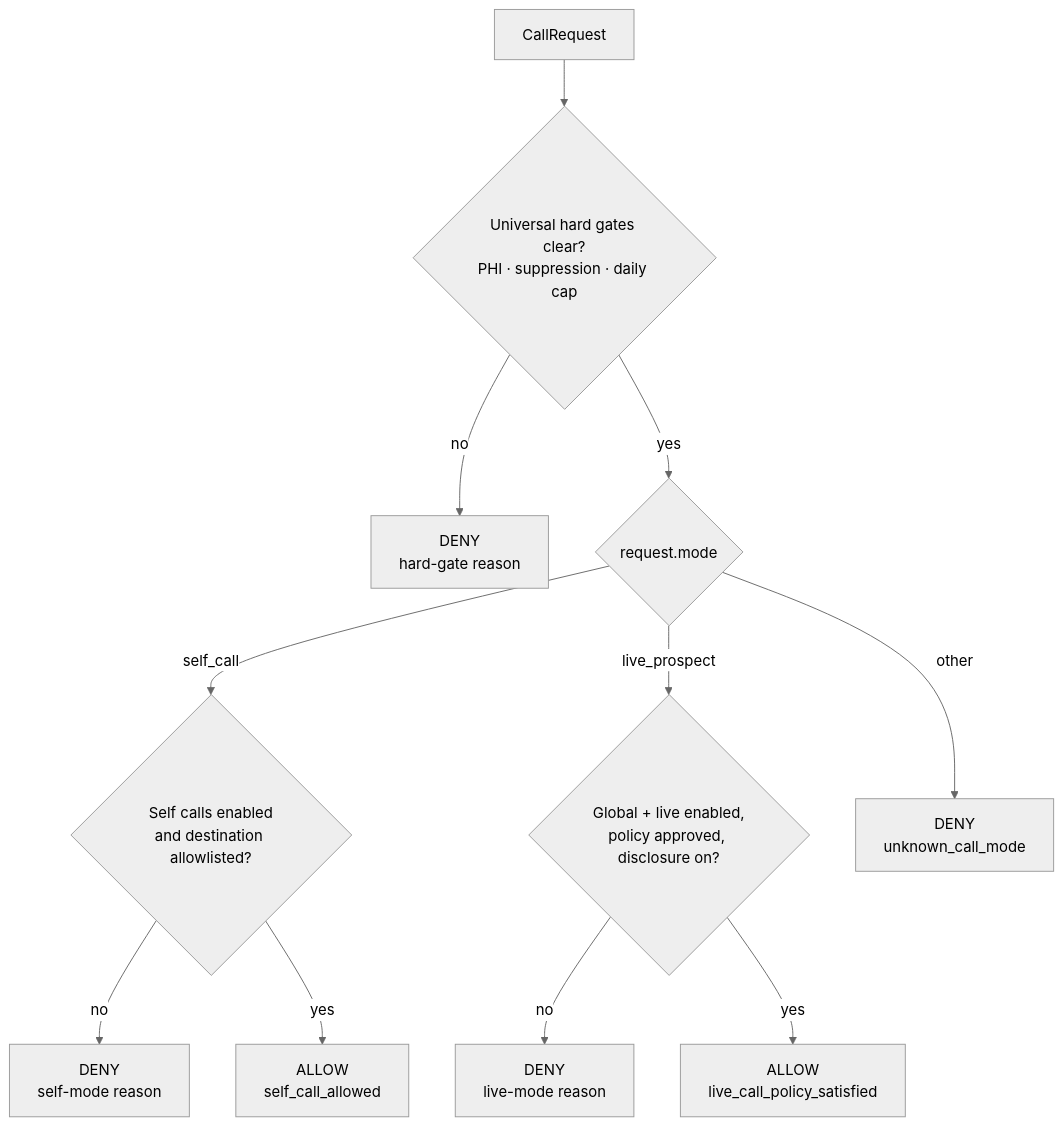
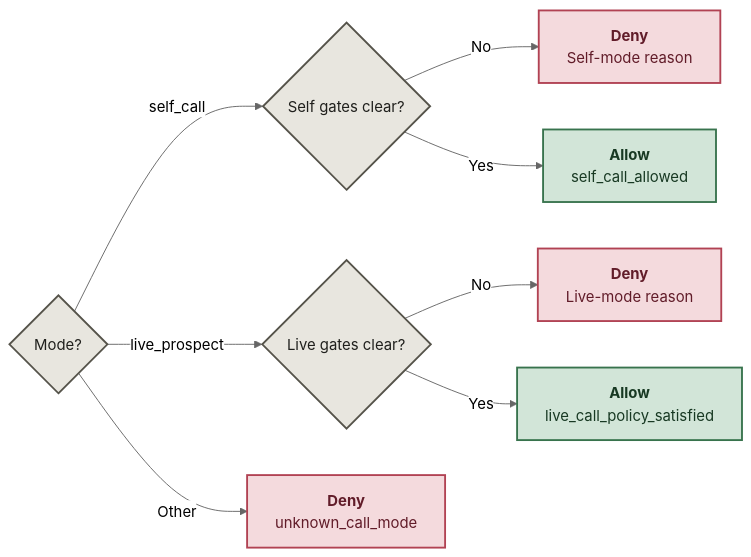
The second of 2 diagrams in README.md (Niyam-Paneru/ai-sales-call-guard), drawn with Mermaid (neutral theme) before and after one commit. The commit also changed other lines of this file, not shown here.

Commit message:
docs: clarify samples and repair README flow (#3)

````diff
--- a/README.md
+++ b/README.md
@@ -7,16 +29,16 @@
 ```mermaid
-flowchart TD
-    R["CallRequest"] --> H{"Universal hard gates clear?<br/>PHI · suppression · daily cap"}
-    H -- "no" --> HD["DENY<br/>hard-gate reason"]
-    H -- "yes" --> M{"request.mode"}
-
-    M -- "self_call" --> S{"Self calls enabled<br/>and destination allowlisted?"}
-    S -- "no" --> SD["DENY<br/>self-mode reason"]
-    S -- "yes" --> SA["ALLOW<br/>self_call_allowed"]
-
-    M -- "live_prospect" --> L{"Global + live enabled,<br/>policy approved, disclosure on?"}
-    L -- "no" --> LD["DENY<br/>live-mode reason"]
-    L -- "yes" --> LA["ALLOW<br/>live_call_policy_satisfied"]
-
-    M -- "other" --> U["DENY<br/>unknown_call_mode"]
+flowchart LR
+    M{"Mode?"} -- self_call --> S{"Self gates clear?"}
+    S -- No --> SD["<b>Deny</b><br/>Self-mode reason"]
+    S -- Yes --> SA["<b>Allow</b><br/>self_call_allowed"]
+    M -- live_prospect --> L{"Live gates clear?"}
+    L -- No --> LD["<b>Deny</b><br/>Live-mode reason"]
+    L -- Yes --> LA["<b>Allow</b><br/>live_call_policy_satisfied"]
+    M -- Other --> U["<b>Deny</b><br/>unknown_call_mode"]
+    classDef input fill:#e8e6df,stroke:#55534a,color:#20201d,stroke-width:2px;
+    classDef pass fill:#d2e5d8,stroke:#38734d,color:#183923,stroke-width:2px;
+    classDef stop fill:#f4dadd,stroke:#b14253,color:#611c29,stroke-width:2px;
+    class M,S,L input;
+    class SA,LA pass;
+    class SD,LD,U stop;
 ```
````
